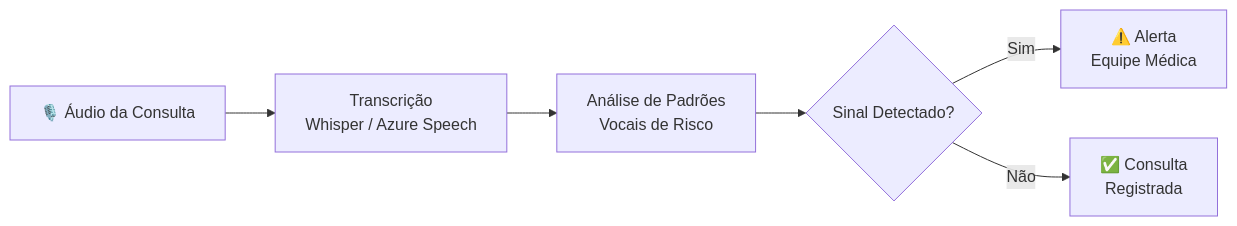
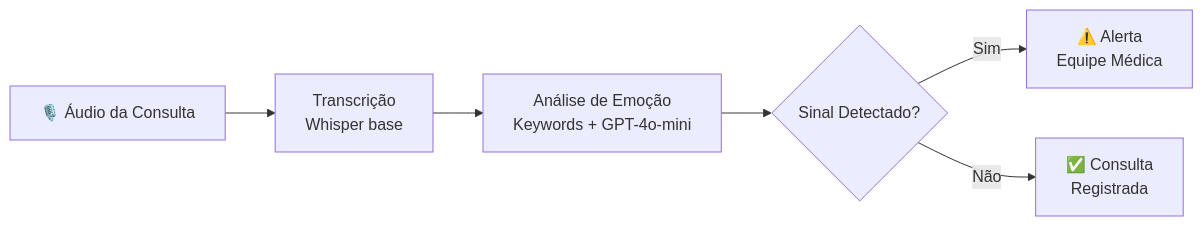
Before and after one commit to vinisbitten/tech-challeng-fase-4: the fourth of 8 diagrams in roadmap.md, drawn with Mermaid. The commit also changed other lines of this file, not shown here.

Commit message:
feat: update roadmap

````diff
--- a/roadmap.md
+++ b/roadmap.md
@@ -126,8 +167,8 @@
 ```mermaid
 flowchart LR
-    A[🎙️ Áudio da Consulta] --> B[Transcrição\nWhisper / Azure Speech]
-    B --> C[Análise de Padrões\nVocais de Risco]
+    A[🎙️ Áudio da Consulta] --> B[Transcrição\nWhisper base]
+    B --> C[Análise de Emoção\nKeywords + GPT-4o-mini]
     C --> D{Sinal Detectado?}
     D -- Sim --> E[⚠️ Alerta\nEquipe Médica]
     D -- Não --> F[✅ Consulta\nRegistrada]
 ```
````
